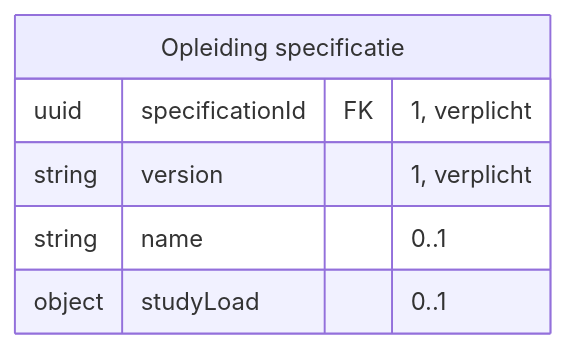
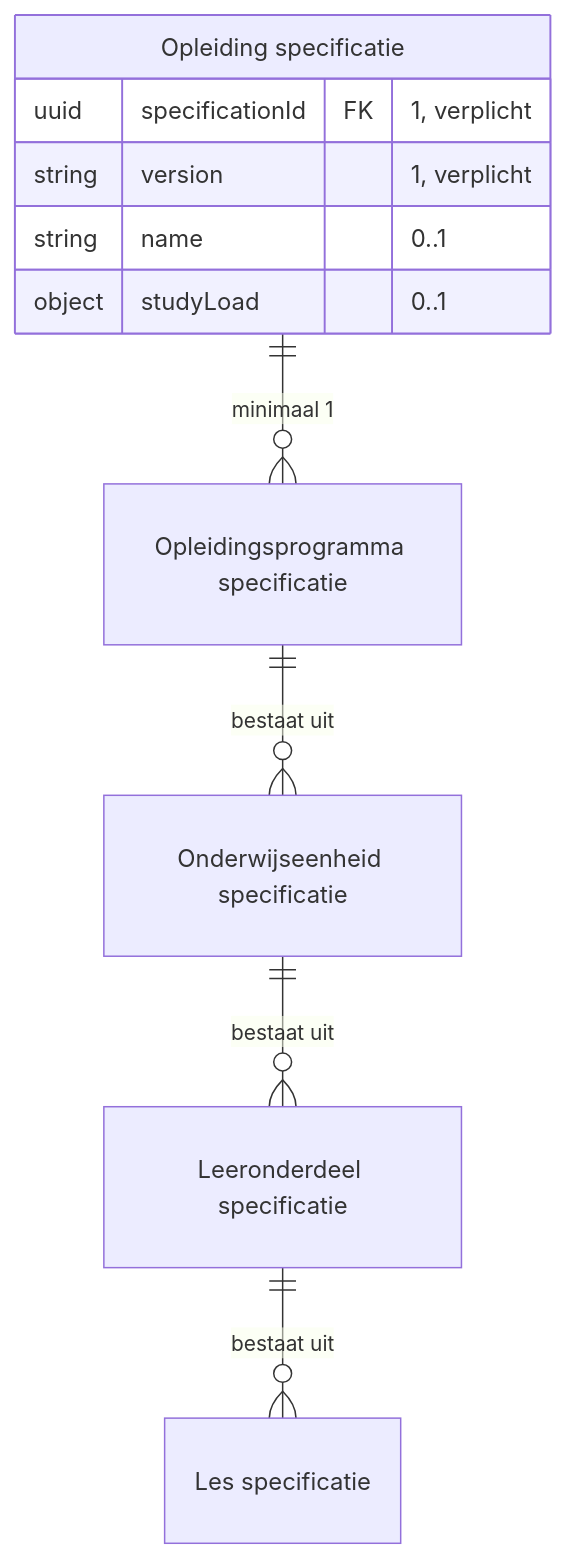
Before and after one commit to Npuls-OKx/meta: the third of 16 diagrams in architecture/docs/specificatie/interactie-onderwijsaanbod/is-oa-01.md, drawn with Mermaid. The commit also changed other lines of this file and 1 other file, not shown here.

````diff
--- a/architecture/docs/specificatie/interactie-onderwijsaanbod/is-oa-01.md
+++ b/architecture/docs/specificatie/interactie-onderwijsaanbod/is-oa-01.md
@@ -158,9 +158,17 @@
 ```mermaid
 erDiagram
+    "Leeronderdeel specificatie" ||--o{ "Les specificatie" : "bestaat uit"
+    "Onderwijseenheid specificatie" ||--o{ "Leeronderdeel specificatie" : "bestaat uit"
+    "Opleidingsprogramma specificatie" ||--o{ "Onderwijseenheid specificatie" : "bestaat uit"
+    "Opleiding specificatie" ||--o{ "Opleidingsprogramma specificatie" : "minimaal 1"
     "Opleiding specificatie" {
         uuid specificationId FK "1, verplicht"
         string version "1, verplicht"
         string name "0..1"
         object studyLoad "0..1"
     }
+    "Opleidingsprogramma specificatie" { }
+    "Onderwijseenheid specificatie" { }
+    "Leeronderdeel specificatie" { }
+    "Les specificatie" { }
 ```
````
